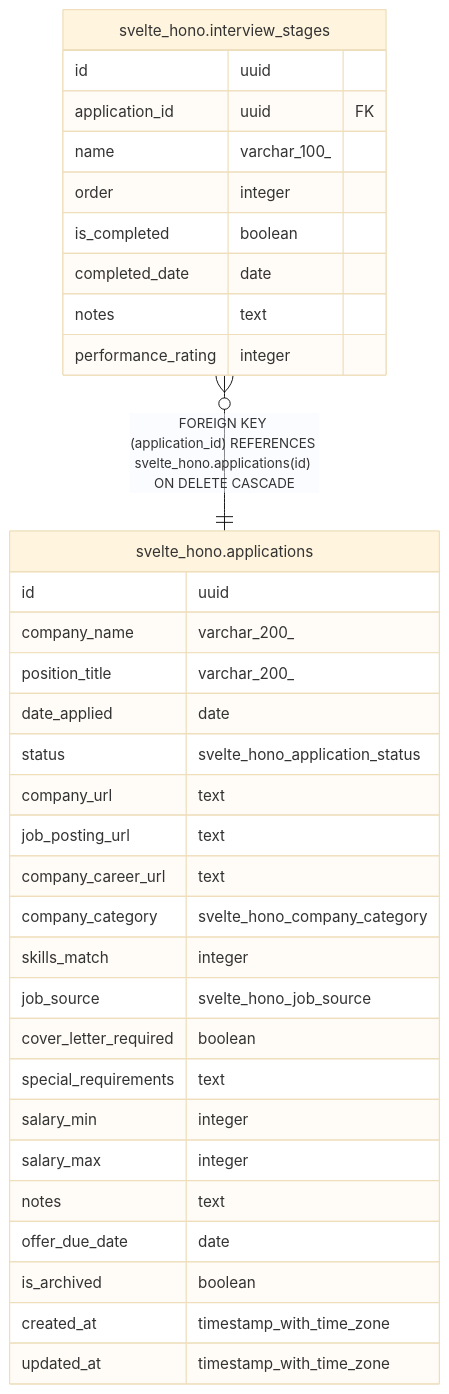
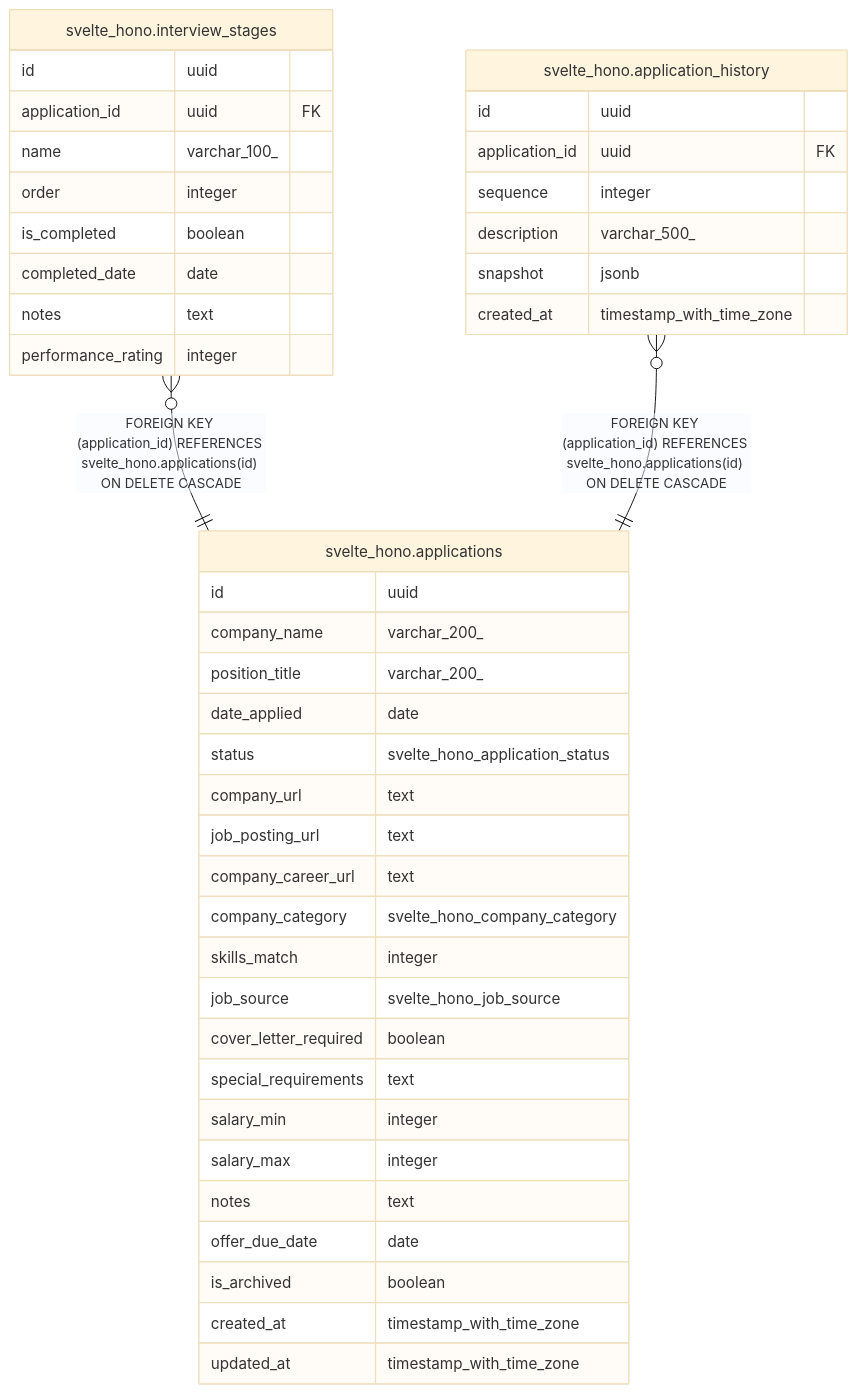
The diagram in docs/schema/svelte-hono/README.md (WhatIfWeDigDeeper/application-tracker), drawn with Mermaid (base theme) before and after one commit. The commit also changed other lines of this file and 104 other files, not shown here.

````diff
--- a/docs/schema/svelte-hono/README.md
+++ b/docs/schema/svelte-hono/README.md
@@ -29,38 +33,47 @@
 ```mermaid
 erDiagram
 
 "svelte_hono.interview_stages" }o--|| "svelte_hono.applications" : "FOREIGN KEY (application_id) REFERENCES svelte_hono.applications(id) ON DELETE CASCADE"
+"svelte_hono.application_history" }o--|| "svelte_hono.applications" : "FOREIGN KEY (application_id) REFERENCES svelte_hono.applications(id) ON DELETE CASCADE"
 
 "svelte_hono.applications" {
   id uuid
   company_name varchar_200_
   position_title varchar_200_
   date_applied date
   status svelte_hono_application_status
   company_url text
   job_posting_url text
   company_career_url text
   company_category svelte_hono_company_category
   skills_match integer
   job_source svelte_hono_job_source
   cover_letter_required boolean
   special_requirements text
   salary_min integer
   salary_max integer
   notes text
   offer_due_date date
   is_archived boolean
   created_at timestamp_with_time_zone
   updated_at timestamp_with_time_zone
 }
 "svelte_hono.interview_stages" {
   id uuid
   application_id uuid FK
   name varchar_100_
   order integer
   is_completed boolean
   completed_date date
   notes text
   performance_rating integer
 }
+"svelte_hono.application_history" {
+  id uuid
+  application_id uuid FK
+  sequence integer
+  description varchar_500_
+  snapshot jsonb
+  created_at timestamp_with_time_zone
+}
 ```
````
